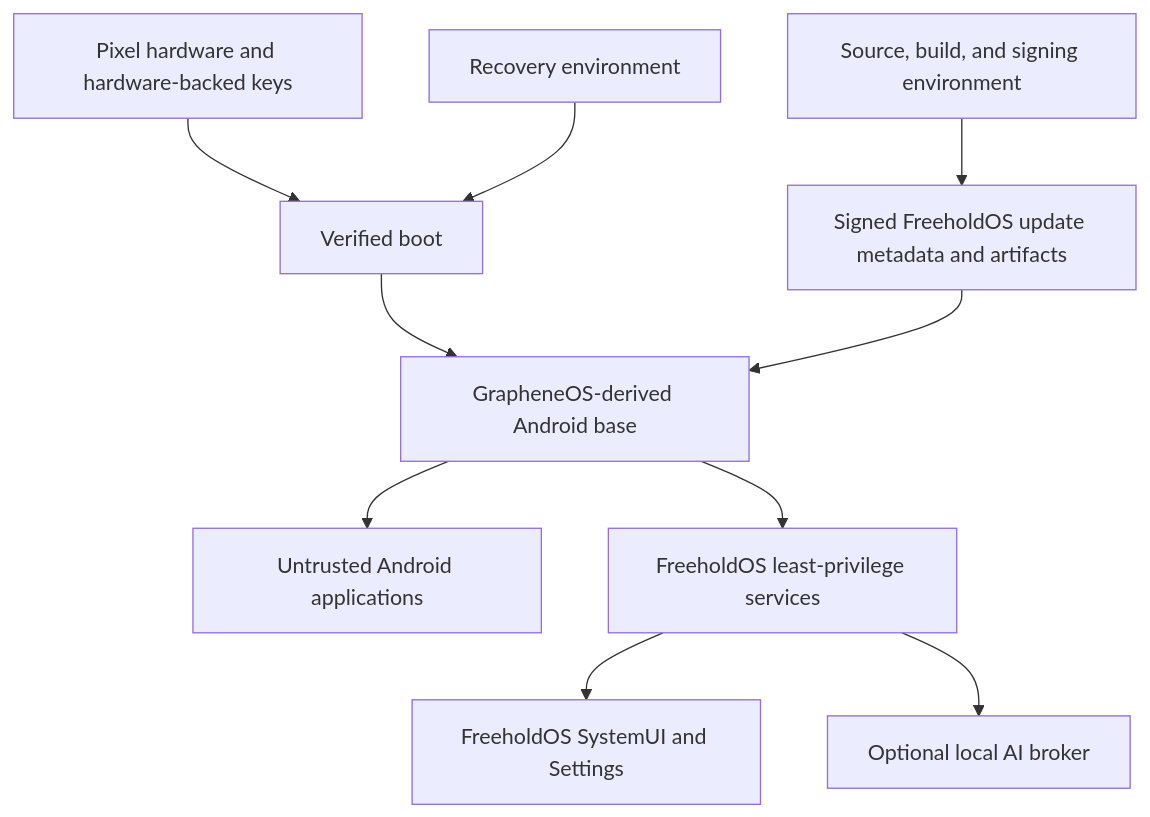
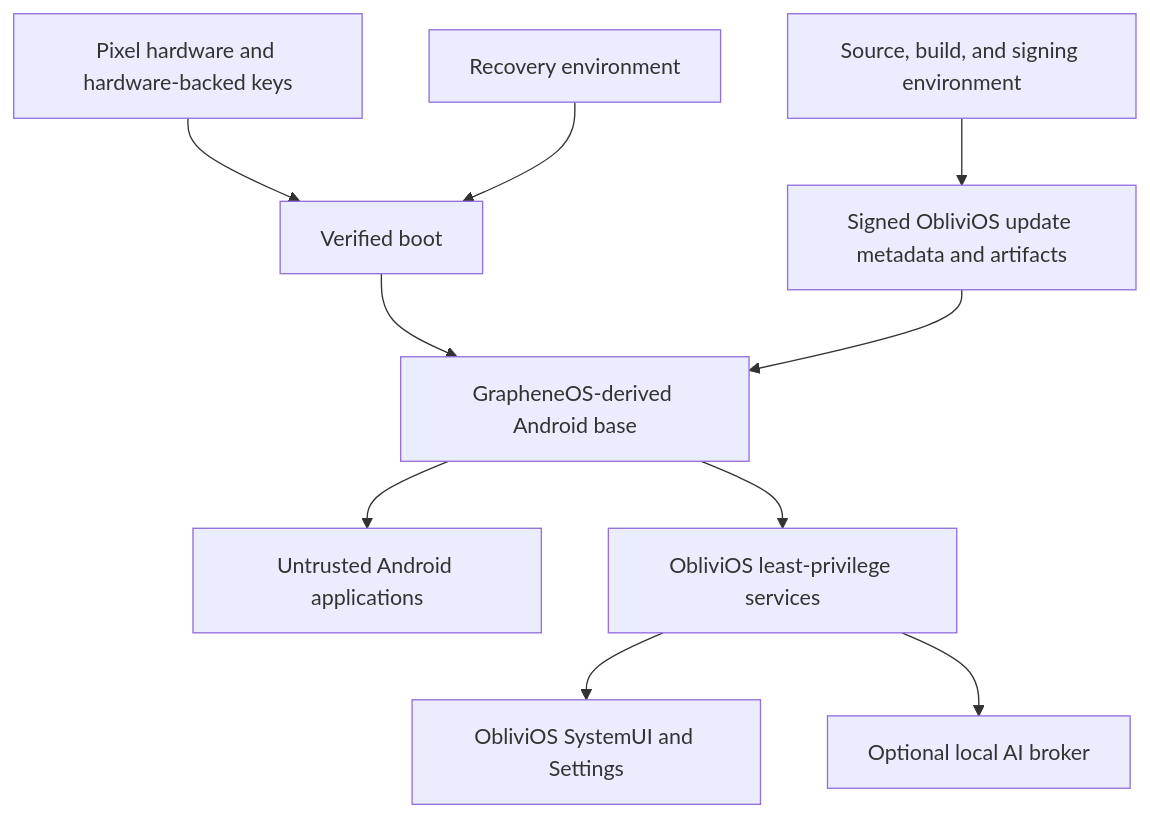
Before and after one commit to Beau4201/oblivios-docs: the diagram in docs/security/threat-model.md, drawn with Mermaid. The commit also changed other lines of this file and 15 other files, not shown here.

First line of the commit message:
rename FreeholdOS to ObliviOS

````diff
--- a/docs/security/threat-model.md
+++ b/docs/security/threat-model.md
@@ -27,12 +27,12 @@
 ```mermaid
 flowchart TB
   HW[Pixel hardware and hardware-backed keys] --> BOOT[Verified boot]
   BOOT --> BASE[GrapheneOS-derived Android base]
   BASE --> APPS[Untrusted Android applications]
-  BASE --> CORE[FreeholdOS least-privilege services]
-  CORE --> UI[FreeholdOS SystemUI and Settings]
+  BASE --> CORE[ObliviOS least-privilege services]
+  CORE --> UI[ObliviOS SystemUI and Settings]
   CORE --> AI[Optional local AI broker]
-  BUILD[Source, build, and signing environment] --> OTA[Signed FreeholdOS update metadata and artifacts]
+  BUILD[Source, build, and signing environment] --> OTA[Signed ObliviOS update metadata and artifacts]
   OTA --> BASE
   RECOVERY[Recovery environment] --> BOOT
 ```
````
